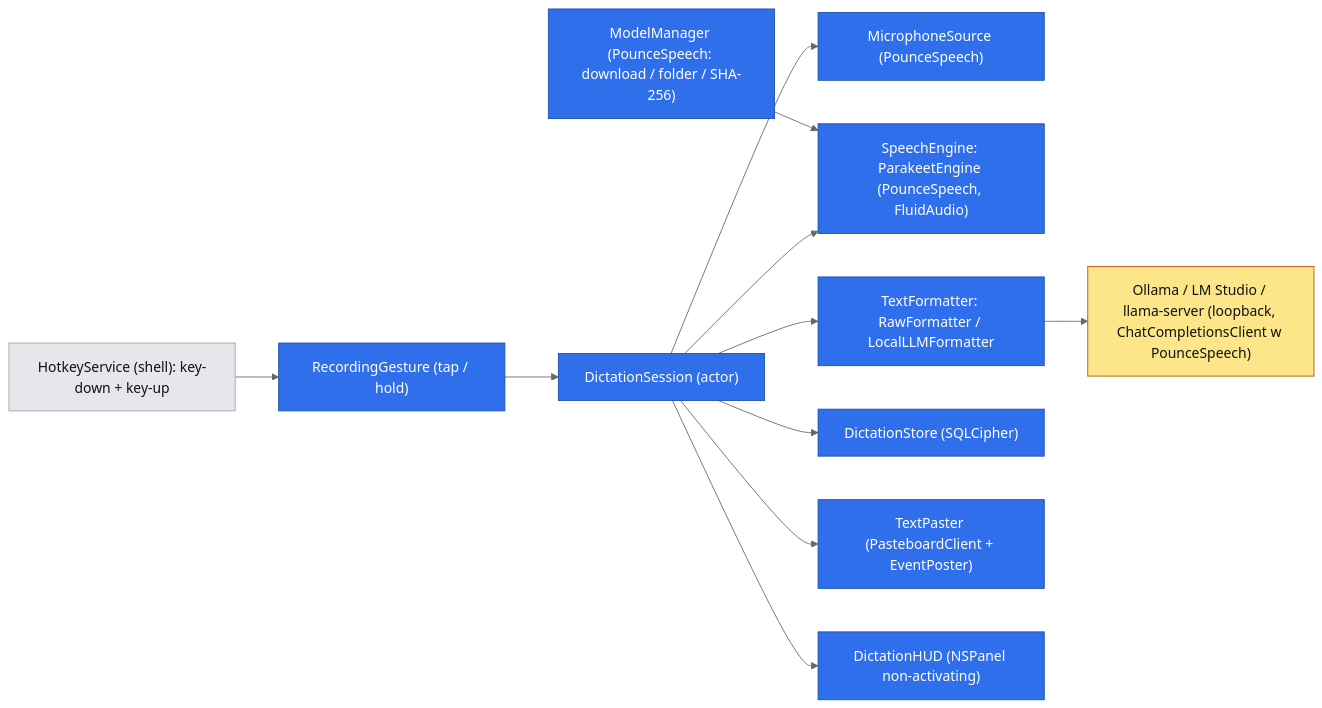
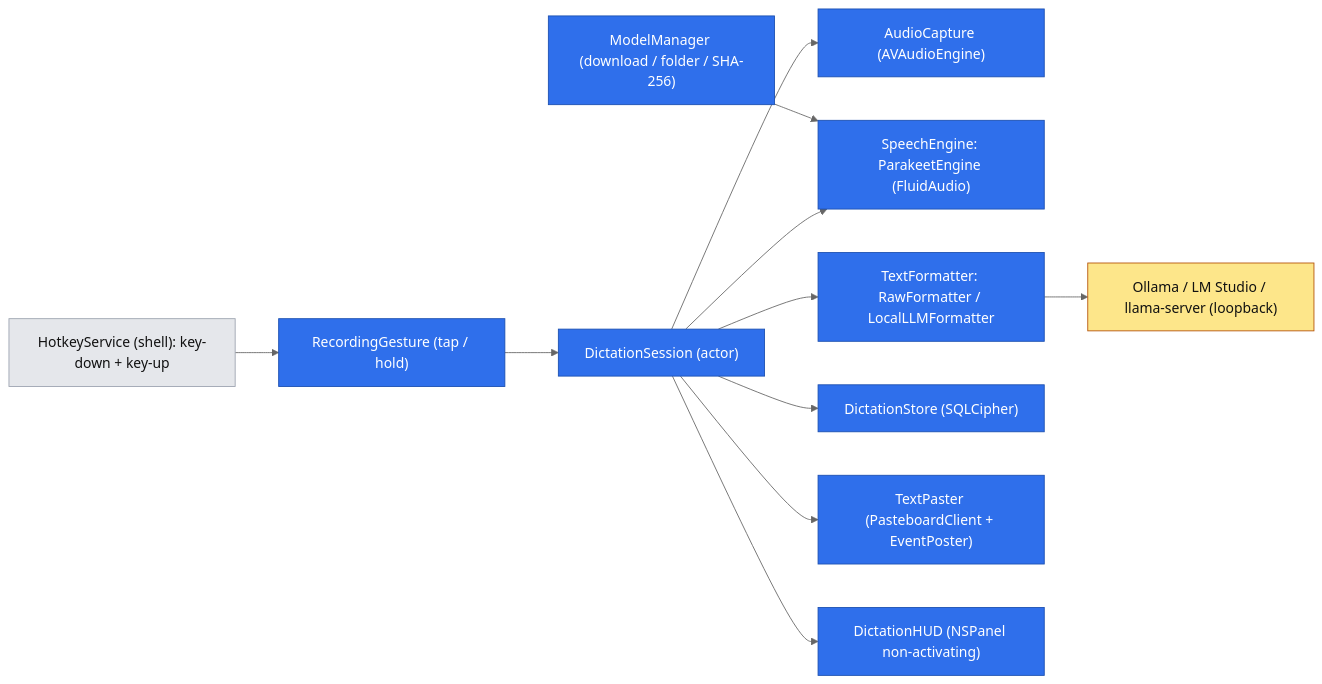
The diagram in .ai/specs/2026-11-01-voice-dictation.md (mjozefiak/Pounce), drawn with Mermaid (neutral theme) before and after one commit. The commit also changed other lines of this file, not shown here.

````diff
--- a/.ai/specs/2026-11-01-voice-dictation.md
+++ b/.ai/specs/2026-11-01-voice-dictation.md
@@ -95,27 +93,27 @@
 ```mermaid
 flowchart LR
     classDef existing fill:#e5e7eb,color:#111,stroke:#9ca3af
     classDef new fill:#2f6feb,color:#fff,stroke:#1b4fb0
     classDef external fill:#fde68a,color:#111,stroke:#b45309
 
     hk["HotkeyService (shell): key-down + key-up"]:::existing
     gesture["RecordingGesture (tap / hold)"]:::new
     session["DictationSession (actor)"]:::new
-    capture["MicrophoneSource (PounceSpeech)"]:::new
-    stt["SpeechEngine: ParakeetEngine (PounceSpeech, FluidAudio)"]:::new
+    capture["AudioCapture (AVAudioEngine)"]:::new
+    stt["SpeechEngine: ParakeetEngine (FluidAudio)"]:::new
     fmt["TextFormatter: RawFormatter / LocalLLMFormatter"]:::new
-    llm["Ollama / LM Studio / llama-server (loopback, ChatCompletionsClient w PounceSpeech)"]:::external
+    llm["Ollama / LM Studio / llama-server (loopback)"]:::external
     store["DictationStore (SQLCipher)"]:::new
     paste["TextPaster (PasteboardClient + EventPoster)"]:::new
     hud["DictationHUD (NSPanel non-activating)"]:::new
-    models["ModelManager (PounceSpeech: download / folder / SHA-256)"]:::new
+    models["ModelManager (download / folder / SHA-256)"]:::new
 
     hk --> gesture --> session
     session --> capture
     session --> stt
     models --> stt
     session --> fmt --> llm
     session --> store
     session --> paste
     session --> hud
 ```
````
